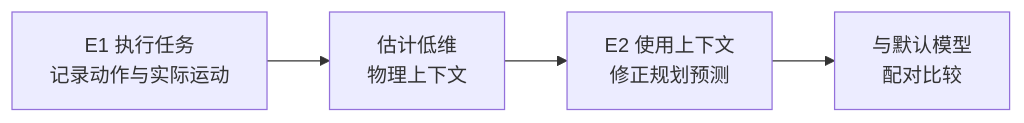
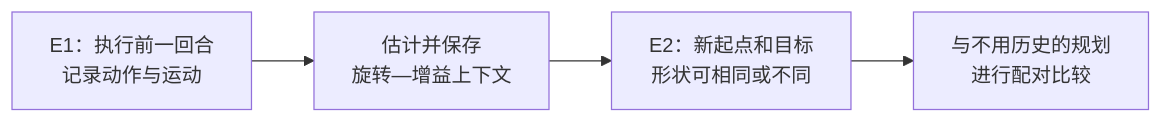
Before and after one commit to mengxiang1m/adajepa-persistent-context-v2: the diagram in 任务说明/Persistent_Context_V2_方案汇报_算法流程与实验细节_2026-08-24.md, drawn with Mermaid. The commit also changed other lines of this file, not shown here.

Commit message:
docs(persistent-context): clarify same and cross-shape sequences

````diff
--- a/任务说明/Persistent_Context_V2_方案汇报_算法流程与实验细节_2026-08-24.md
+++ b/任务说明/Persistent_Context_V2_方案汇报_算法流程与实验细节_2026-08-24.md
@@ -9,6 +20,6 @@
 ```mermaid
 flowchart LR
-    A["E1 执行任务<br/>记录动作与实际运动"] --> B["估计低维<br/>物理上下文"]
-    B --> C["E2 使用上下文<br/>修正规划预测"]
-    C --> D["与默认模型<br/>配对比较"]
+    A["E1：执行前一回合<br/>记录动作与运动"] --> B["估计并保存<br/>旋转—增益上下文"]
+    B --> C["E2：新起点和目标<br/>形状可相同或不同"]
+    C --> D["与不用历史的规划<br/>进行配对比较"]
 ```
````
